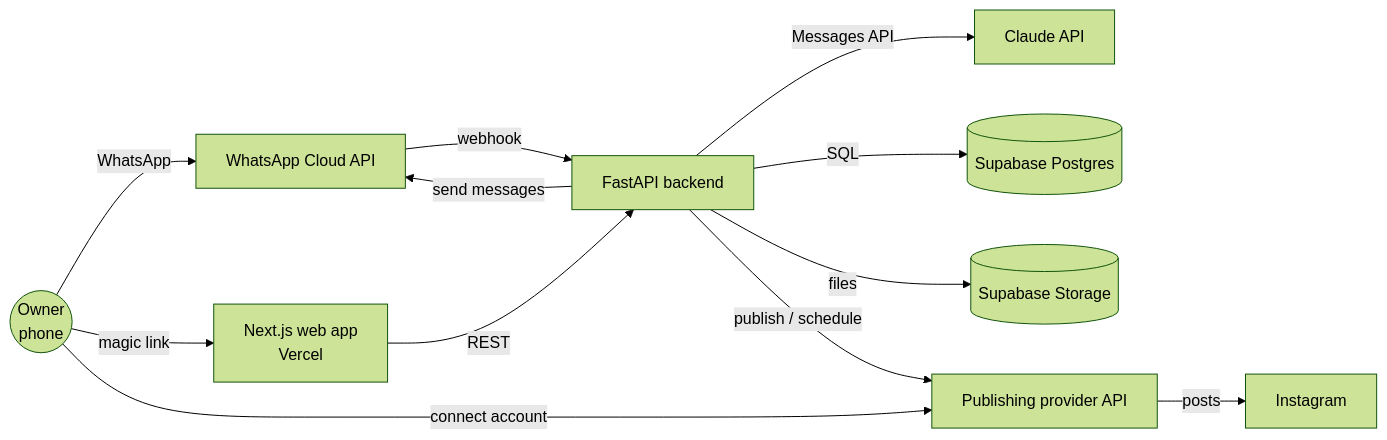
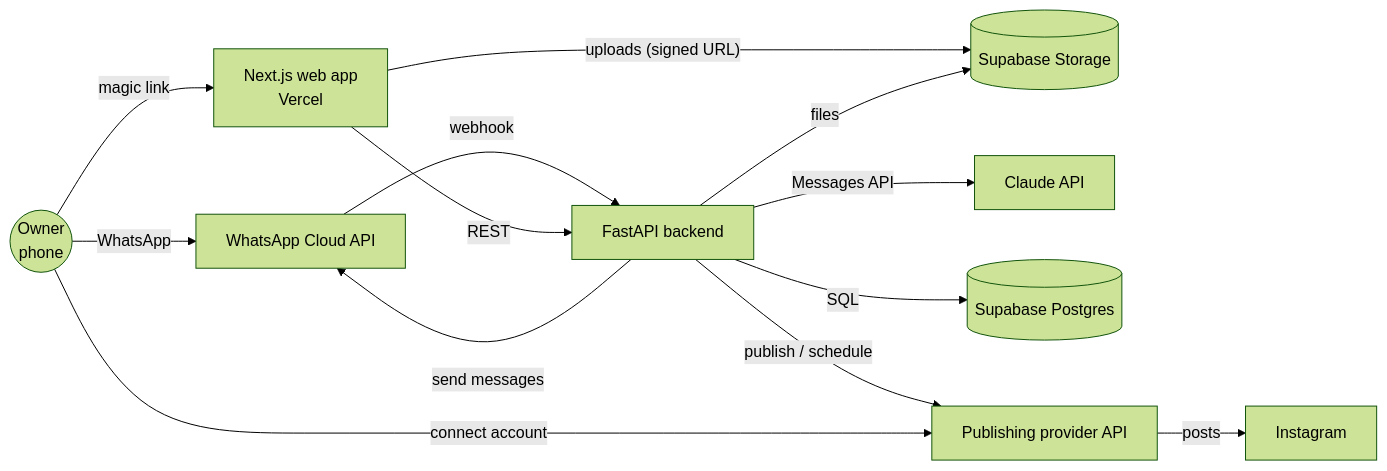
One commit to Dimple6114/build101 changed the first of 4 diagrams in docs/architecture/overview.md. Above: the diagram before and after it, drawn with Mermaid (forest theme). The commit also changed other lines of this file and 20 other files, not shown here.

````diff
--- a/docs/architecture/overview.md
+++ b/docs/architecture/overview.md
@@ -5,14 +5,15 @@
 ```mermaid
 flowchart LR
     Owner((Owner<br/>phone)) -- WhatsApp --> Meta[WhatsApp Cloud API]
     Owner -- magic link --> Web[Next.js web app<br/>Vercel]
     Meta -- webhook --> API[FastAPI backend]
     API -- send messages --> Meta
     Web -- REST --> API
+    Web -- "uploads (signed URL)" --> Storage
     API -- Messages API --> Claude[Claude API]
     API -- SQL --> DB[(Supabase Postgres)]
     API -- files --> Storage[(Supabase Storage)]
     API -- publish / schedule --> Pub[Publishing provider API]
     Pub -- posts --> IG[Instagram]
     Owner -- connect account --> Pub
 ```
````
